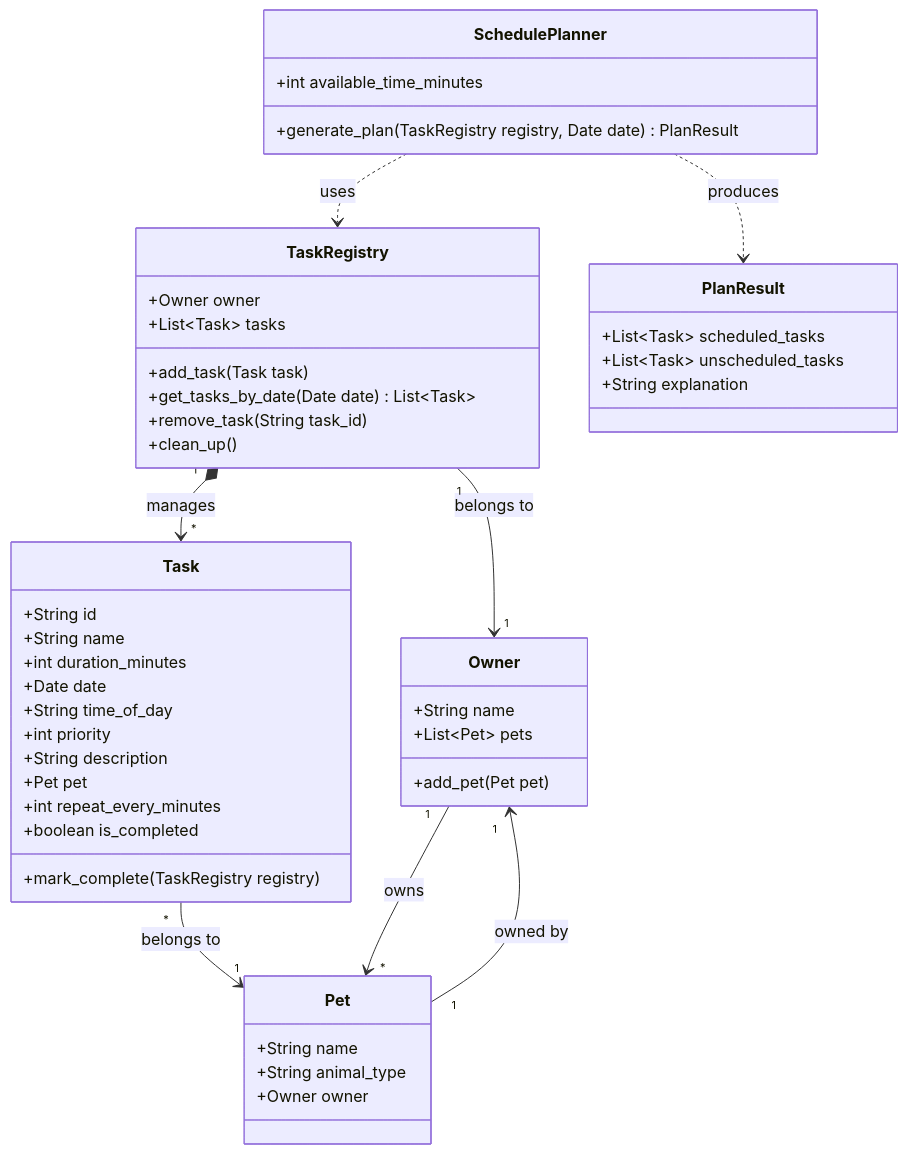
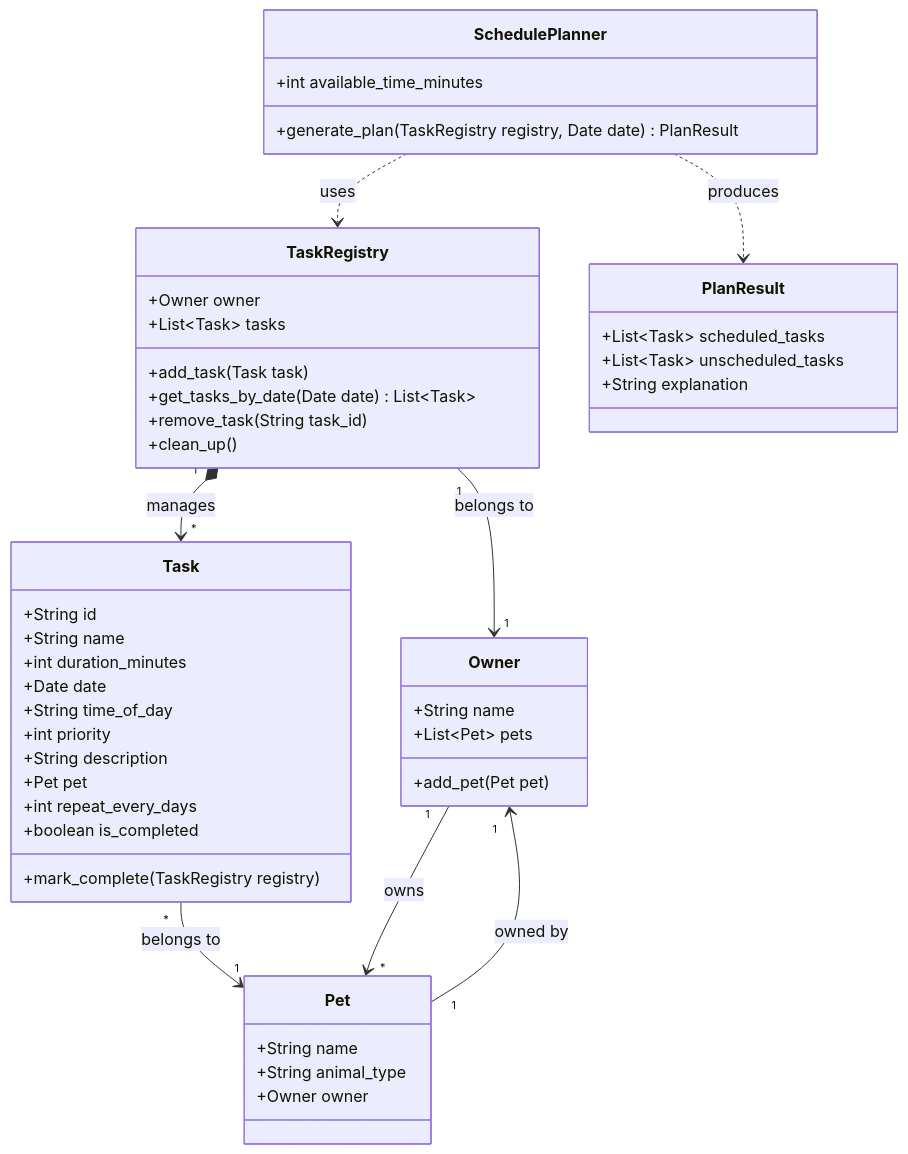
The diagram in UML.md (Einksul/ai110-module2show-pawpal-starter), drawn with Mermaid before and after one commit. The commit also changed 5 other files, not shown here.

````diff
--- a/UML.md
+++ b/UML.md
@@ -3,57 +3,57 @@
 ```mermaid
 classDiagram
     class Owner {
         +String name
         +List~Pet~ pets
         +add_pet(Pet pet)
     }
 
     class Pet {
         +String name
         +String animal_type
         +Owner owner
     }
 
     class TaskRegistry {
         +Owner owner
         +List~Task~ tasks
         +add_task(Task task)
         +get_tasks_by_date(Date date) List~Task~
         +remove_task(String task_id)
         +clean_up()
     }
 
     class Task {
         +String id
         +String name
         +int duration_minutes
         +Date date
         +String time_of_day
         +int priority
         +String description
         +Pet pet
-        +int repeat_every_minutes
+        +int repeat_every_days
         +boolean is_completed
         +mark_complete(TaskRegistry registry)
     }
 
     %% Suggested Additions for Scheduling Logic
     class SchedulePlanner {
         +int available_time_minutes
         +generate_plan(TaskRegistry registry, Date date) PlanResult
     }
 
     class PlanResult {
         +List~Task~ scheduled_tasks
         +List~Task~ unscheduled_tasks
         +String explanation
     }
 
     Owner "1" --> "*" Pet : owns
     Pet "1" --> "1" Owner : owned by
     TaskRegistry "1" *--> "*" Task : manages
     TaskRegistry "1" --> "1" Owner : belongs to
     Task "*" --> "1" Pet : belongs to
     SchedulePlanner ..> TaskRegistry : uses
     SchedulePlanner ..> PlanResult : produces
 ```
````
